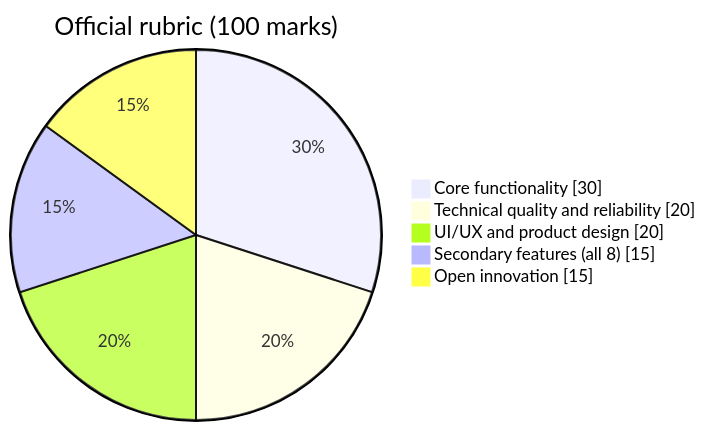
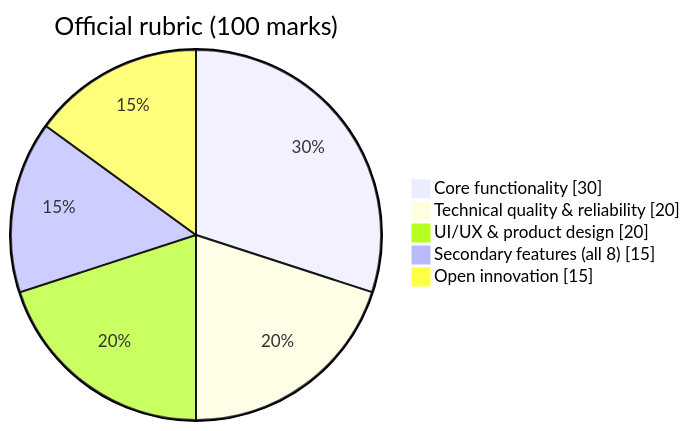
Before and after one commit to Muhammad-Faizan-DS/WEB-E-THON: the first of 11 diagrams in PRD.md, drawn with Mermaid. The commit also changed other lines of this file and 31 other files, not shown here.

````diff
--- a/PRD.md
+++ b/PRD.md
@@ -38,9 +20,8 @@
 ```mermaid
-pie showData
-  title Official rubric (100 marks)
-  "Core functionality" : 30
-  "Technical quality and reliability" : 20
-  "UI/UX and product design" : 20
-  "Secondary features (all 8)" : 15
-  "Open innovation" : 15
+pie showData title Official rubric (100 marks)
+    "Core functionality" : 30
+    "Technical quality & reliability" : 20
+    "UI/UX & product design" : 20
+    "Secondary features (all 8)" : 15
+    "Open innovation" : 15
 ```
````
